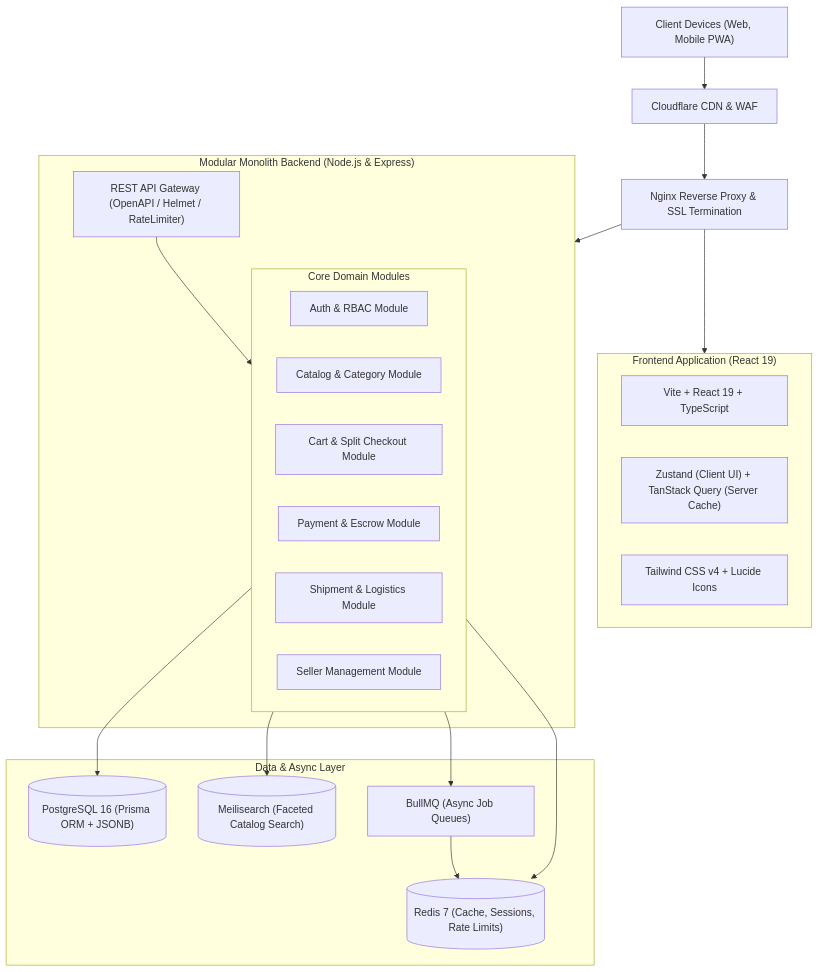
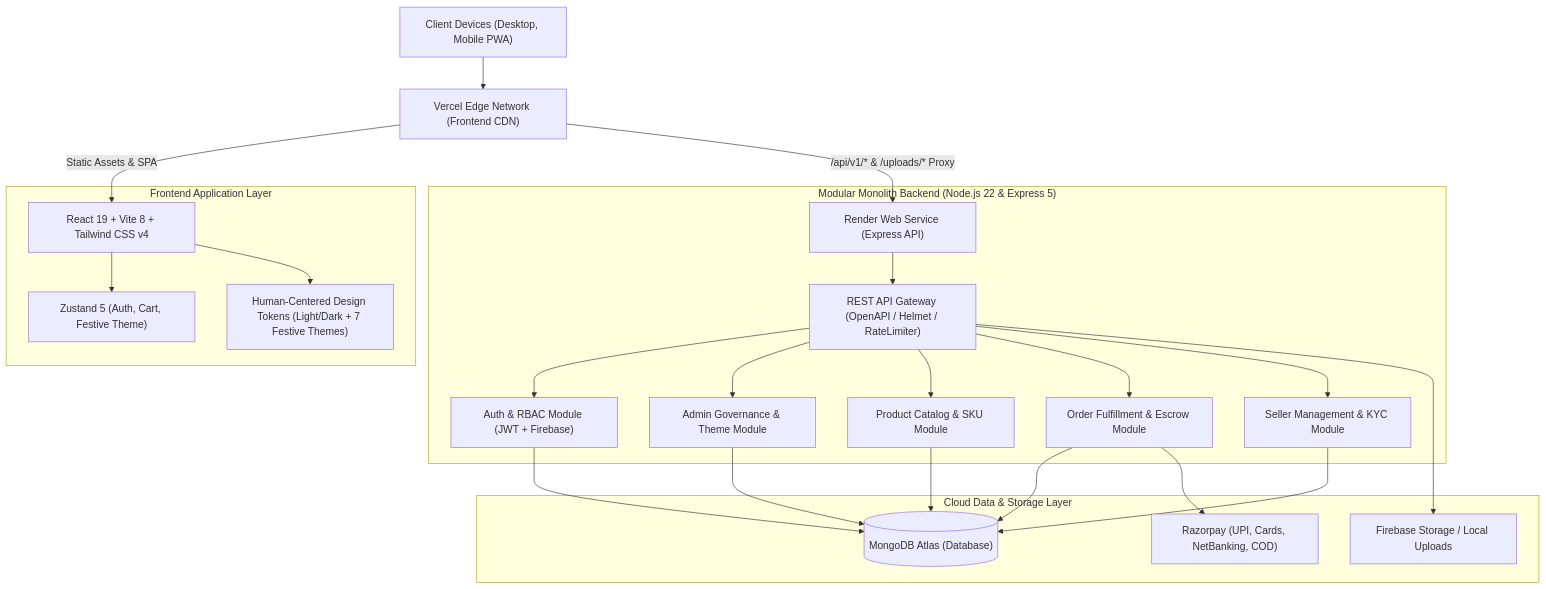
One commit to Tanmay5555/Hayroo changed the diagram in README.md. Above: the diagram before and after it, drawn with Mermaid. The commit also changed other lines of this file, not shown here.

Commit message:
docs(readme): update README with live URLs, Flipkart/Amazon admin console, seller portal, and festive themes

````diff
--- a/README.md
+++ b/README.md
@@ -84,40 +142,34 @@
 ```mermaid
 flowchart TD
-    Client["Client Devices (Web, Mobile PWA)"] --> Cloudflare["Cloudflare CDN & WAF"]
-    Cloudflare --> Nginx["Nginx Reverse Proxy & SSL Termination"]
-    
-    subgraph FrontendApp ["Frontend Application (React 19)"]
-        ReactUI["Vite + React 19 + TypeScript"]
-        StateLayer["Zustand (Client UI) + TanStack Query (Server Cache)"]
-        Styling["Tailwind CSS v4 + Lucide Icons"]
+    Client["Client Devices (Desktop, Mobile PWA)"] --> Vercel["Vercel Edge Network (Frontend CDN)"]
+    Vercel -->|"Static Assets & SPA"| ReactUI["React 19 + Vite 8 + Tailwind CSS v4"]
+    Vercel -->|"/api/v1/* & /uploads/* Proxy"| Render["Render Web Service (Express API)"]
+
+    subgraph FrontendApp ["Frontend Application Layer"]
+        ReactUI --> StateLayer["Zustand 5 (Auth, Cart, Festive Theme)"]
+        ReactUI --> Styling["Human-Centered Design Tokens (Light/Dark + 7 Festive Themes)"]
     end
-    Nginx --> FrontendApp
 
-    subgraph BackendApp ["Modular Monolith Backend (Node.js & Express)"]
-        Gateway["REST API Gateway (OpenAPI / Helmet / RateLimiter)"]
-        
-        subgraph CoreModules ["Core Domain Modules"]
-            AuthMod["Auth & RBAC Module"]
-            CatMod["Catalog & Category Module"]
-            CartMod["Cart & Split Checkout Module"]
-            PayMod["Payment & Escrow Module"]
-            LogMod["Shipment & Logistics Module"]
-            VendMod["Seller Management Module"]
-        end
-        Gateway --> CoreModules
+    subgraph BackendApp ["Modular Monolith Backend (Node.js 22 & Express 5)"]
+        Render --> Gateway["REST API Gateway (OpenAPI / Helmet / RateLimiter)"]
+        Gateway --> AuthMod["Auth & RBAC Module (JWT + Firebase)"]
+        Gateway --> AdminMod["Admin Governance & Theme Module"]
+        Gateway --> CatalogMod["Product Catalog & SKU Module"]
+        Gateway --> OrderMod["Order Fulfillment & Escrow Module"]
+        Gateway --> SellerMod["Seller Management & KYC Module"]
     end
-    Nginx --> BackendApp
 
-    subgraph DataTier ["Data & Async Layer"]
-        PG[("PostgreSQL 16 (Prisma ORM + JSONB)")]
-        RedisCache[("Redis 7 (Cache, Sessions, Rate Limits)")]
-        Meili[("Meilisearch (Faceted Catalog Search)")]
-        Bull["BullMQ (Async Job Queues)"]
+    subgraph DataTier ["Cloud Data & Storage Layer"]
+        Atlas[("MongoDB Atlas (Database)")]
+        FirebaseStorage["Firebase Storage / Local Uploads"]
+        RazorpayGateway["Razorpay (UPI, Cards, NetBanking, COD)"]
     end
-    
-    CoreModules --> PG
-    CoreModules --> RedisCache
-    CoreModules --> Meili
-    CoreModules --> Bull
-    Bull --> RedisCache
+
+    AuthMod --> Atlas
+    AdminMod --> Atlas
+    CatalogMod --> Atlas
+    OrderMod --> Atlas
+    SellerMod --> Atlas
+    Gateway --> FirebaseStorage
+    OrderMod --> RazorpayGateway
 ```
````
